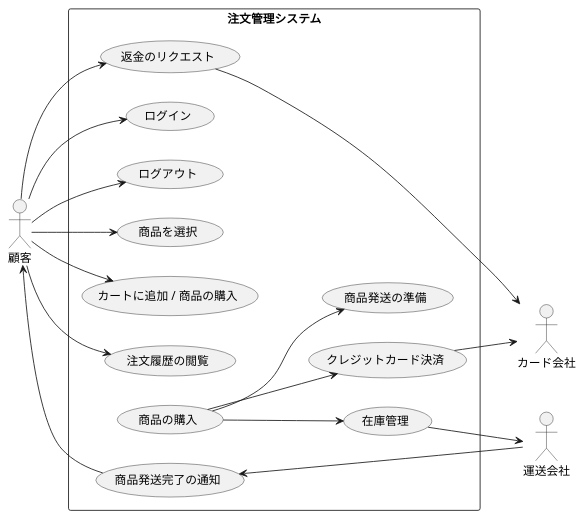
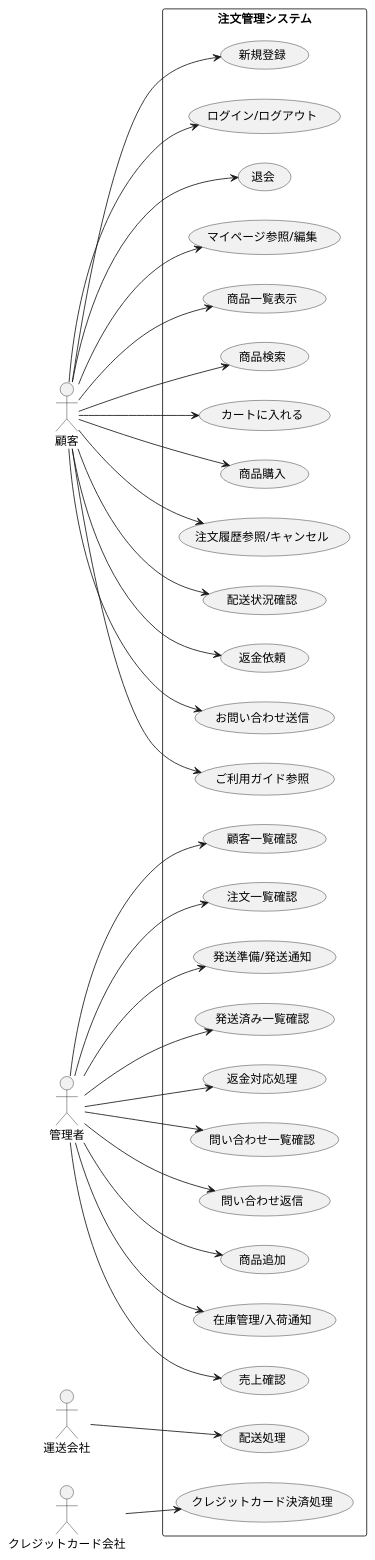
Before and after one commit to kTaiga1016/kouka: the diagram in usecase.pu, drawn with PlantUML.

Commit message:
機能の追加と詳細の変更

```diff
--- a/usecase.pu
+++ b/usecase.pu
@@ -1,27 +1,73 @@
 @startuml  
 left to right direction
-actor 顧客
-actor 運送会社
-actor カード会社
+
+actor Customer as "顧客"
+actor Admin as "管理者"
+actor Carrier as "運送会社"
+actor CreditCompany as "クレジットカード会社"
+
+rectangle "注文管理システム" {
+  (新規登録) as UC1
+  (ログイン/ログアウト) as UC2
+  (退会) as UC3
+  (マイページ参照/編集) as UC4
+  (商品一覧表示) as UC5
+  (商品検索) as UC6
+  (カートに入れる) as UC7
+  (商品購入) as UC8
+  (注文履歴参照/キャンセル) as UC9
+  (配送状況確認) as UC10
+  (返金依頼) as UC12
+  
+  (お問い合わせ送信) as UC11
+  (ご利用ガイド参照) as UC13
+
+  (顧客一覧確認) as UC14
+  (注文一覧確認) as UC15
+  (発送準備/発送通知) as UC16
+  (発送済み一覧確認) as UC17
+  (返金対応処理) as UC18
+  
+  (問い合わせ一覧確認) as UC19
+  (問い合わせ返信) as UC20
+  
+  (商品追加) as UC21
+  (在庫管理/入荷通知) as UC22
+  (売上確認) as UC23
+
+  (配送処理) as UC24
+  (クレジットカード決済処理) as UC25
+}
 
 
-rectangle   注文管理システム {
-顧客 --> (ログイン)
-顧客 --> (ログアウト)
-顧客 --> (商品を選択)
-顧客 --> (カートに追加 / 商品の購入)
-顧客 --> (注文履歴の閲覧)
-顧客 --> (返金のリクエスト)
-(返金のリクエスト) --> (カード会社)
-
-(商品の購入) --> (クレジットカード決済)
-(商品の購入) --> (在庫管理)
-(商品の購入) --> (商品発送の準備)
-(在庫管理) --> 運送会社
-(商品発送完了の通知) --> 顧客
-運送会社 --> (商品発送完了の通知)
+Customer --> UC1
+Customer --> UC2
+Customer --> UC3
+Customer --> UC4
+Customer --> UC5
+Customer --> UC6
+Customer --> UC7
+Customer --> UC8
+Customer --> UC9
+Customer --> UC10
+Customer --> UC12
+Customer --> UC11
+Customer --> UC13
 
 
-(クレジットカード決済) --> カード会社
-}
+Admin --> UC14
+Admin --> UC15
+Admin --> UC16
+Admin --> UC17
+Admin --> UC18
+Admin --> UC19
+Admin --> UC20
+Admin --> UC21
+Admin --> UC22
+Admin --> UC23
+
+
+Carrier --> UC24
+CreditCompany --> UC25
+
 @enduml
```
